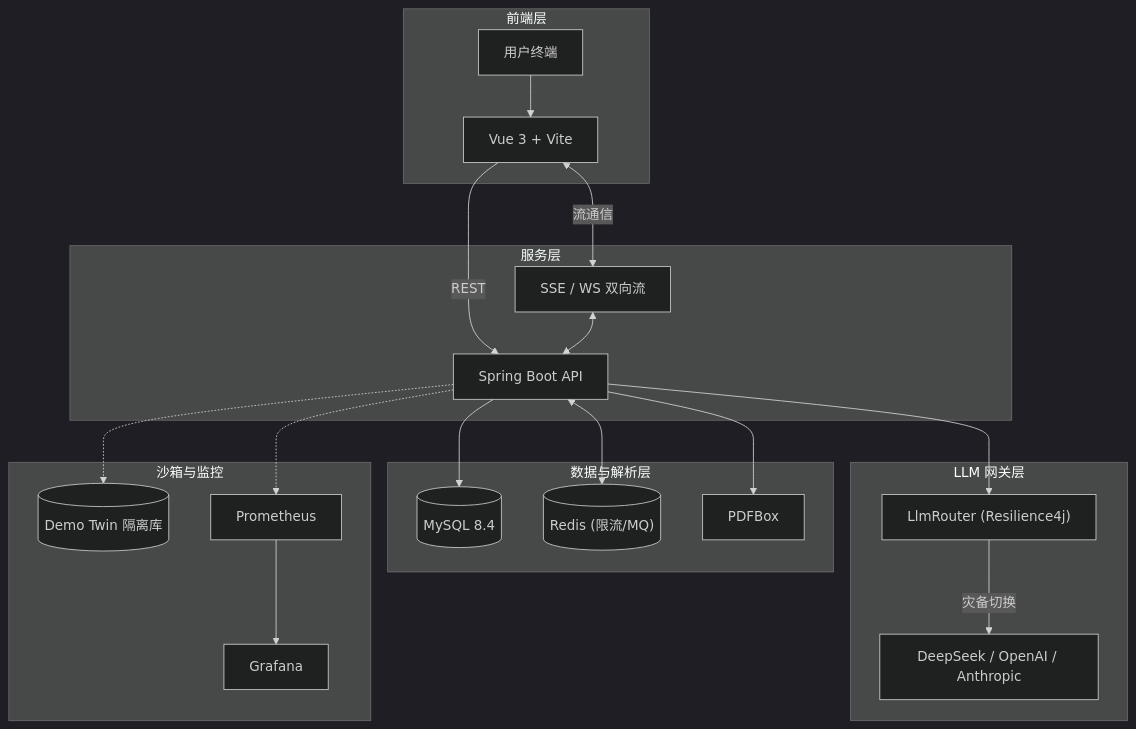
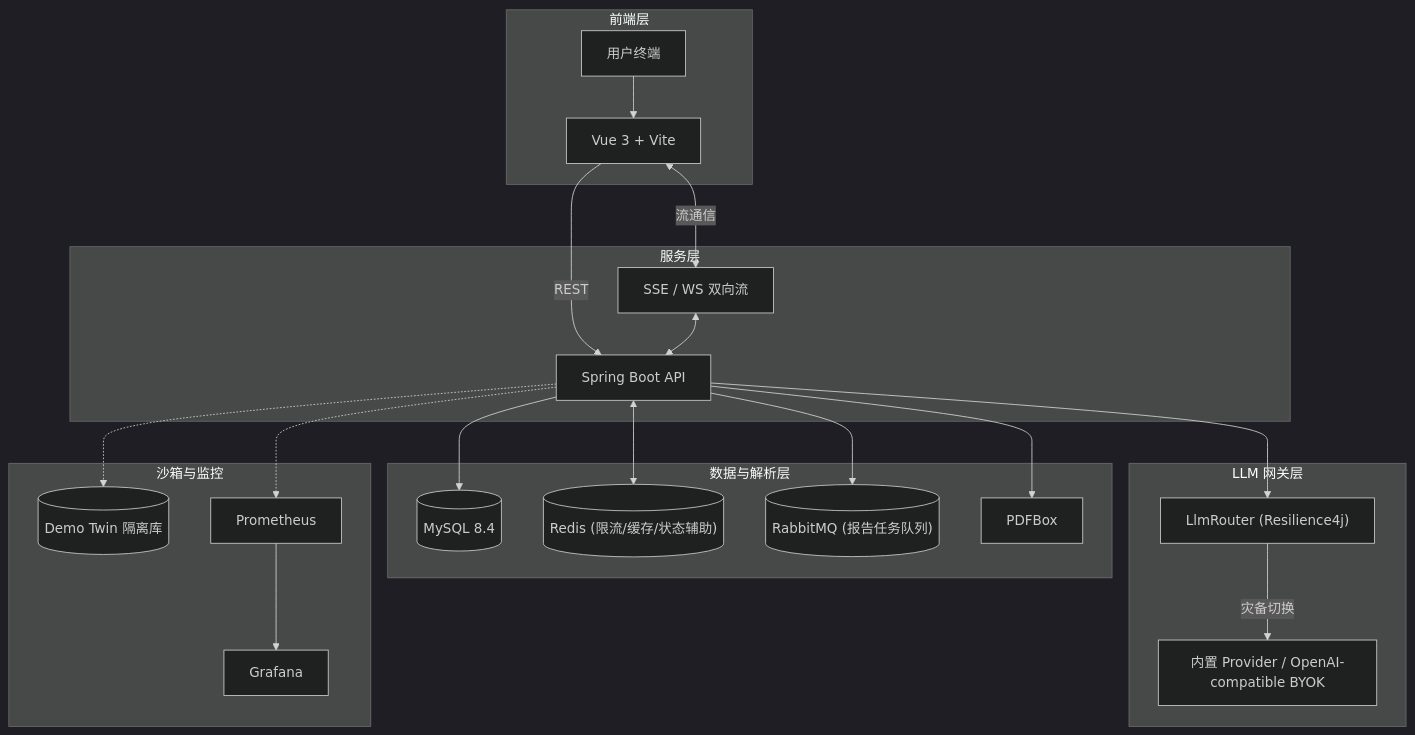
Before and after one commit to zyyyyynnn/Prelude: the diagram in README.md, drawn with Mermaid (dark theme). The commit also changed other lines of this file and 20 other files, not shown here.

````diff
--- a/README.md
+++ b/README.md
@@ -27,42 +27,44 @@
 ```mermaid
 flowchart TB
   subgraph Client ["前端层"]
     U["用户终端"] --> FE["Vue 3 + Vite"]
   end
 
   subgraph Server ["服务层"]
     API["Spring Boot API"]
     WS["SSE / WS 双向流"]
   end
 
   subgraph Data ["数据与解析层"]
     DB[("MySQL 8.4")]
-    Redis[("Redis (限流/MQ)")]
+    Redis[("Redis (限流/缓存/状态辅助)")]
+    RabbitMQ[("RabbitMQ (报告任务队列)")]
     PDF["PDFBox"]
   end
 
   subgraph Gateway ["LLM 网关层"]
     Router["LlmRouter (Resilience4j)"]
-    LLM["DeepSeek / OpenAI / Anthropic"]
+    LLM["内置 Provider / OpenAI-compatible BYOK"]
     Router -->|灾备切换| LLM
   end
 
   subgraph Ops ["沙箱与监控"]
     DemoDB[("Demo Twin 隔离库")]
     Prometheus["Prometheus"]
     Grafana["Grafana"]
     Prometheus --> Grafana
   end
 
   FE -->|REST| API
   FE <-->|流通信| WS
   WS <--> API
 
   API --> DB
   API <--> Redis
+  API --> RabbitMQ
   API --> PDF
   API --> Router
 
   API -.-> DemoDB
   API -.-> Prometheus
 ```
````
